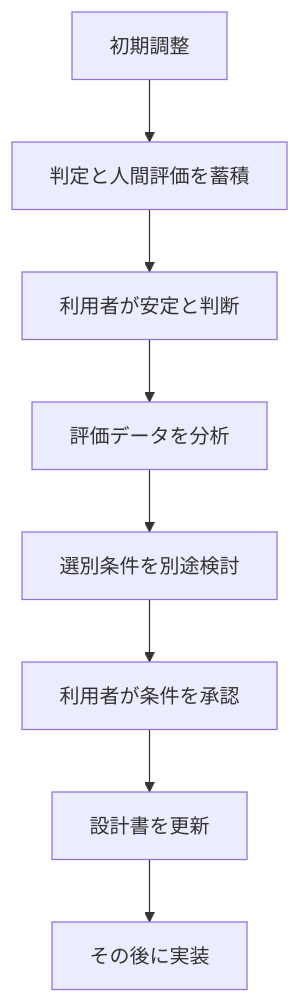
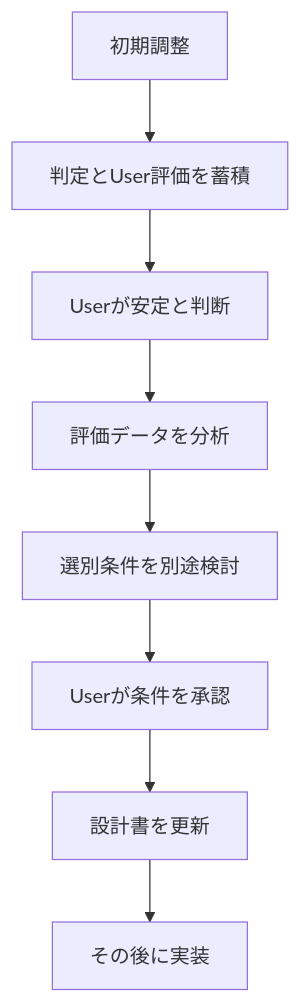
The third of 3 diagrams in docs/design/06_OPERATION_AND_HANDOFF.md (t-oikawa-sendai/jev-news-selector), drawn with Mermaid before and after one commit. The commit also changed other lines of this file and 13 other files, not shown here.

````diff
--- a/docs/design/06_OPERATION_AND_HANDOFF.md
+++ b/docs/design/06_OPERATION_AND_HANDOFF.md
@@ -168,10 +168,10 @@
 ```mermaid
 flowchart TD
-    a["初期調整"] --> b["判定と人間評価を蓄積"]
-    b --> c["利用者が安定と判断"]
+    a["初期調整"] --> b["判定とUser評価を蓄積"]
+    b --> c["Userが安定と判断"]
     c --> d["評価データを分析"]
     d --> e["選別条件を別途検討"]
-    e --> f["利用者が条件を承認"]
+    e --> f["Userが条件を承認"]
     f --> g["設計書を更新"]
     g --> h["その後に実装"]
 ```
````
